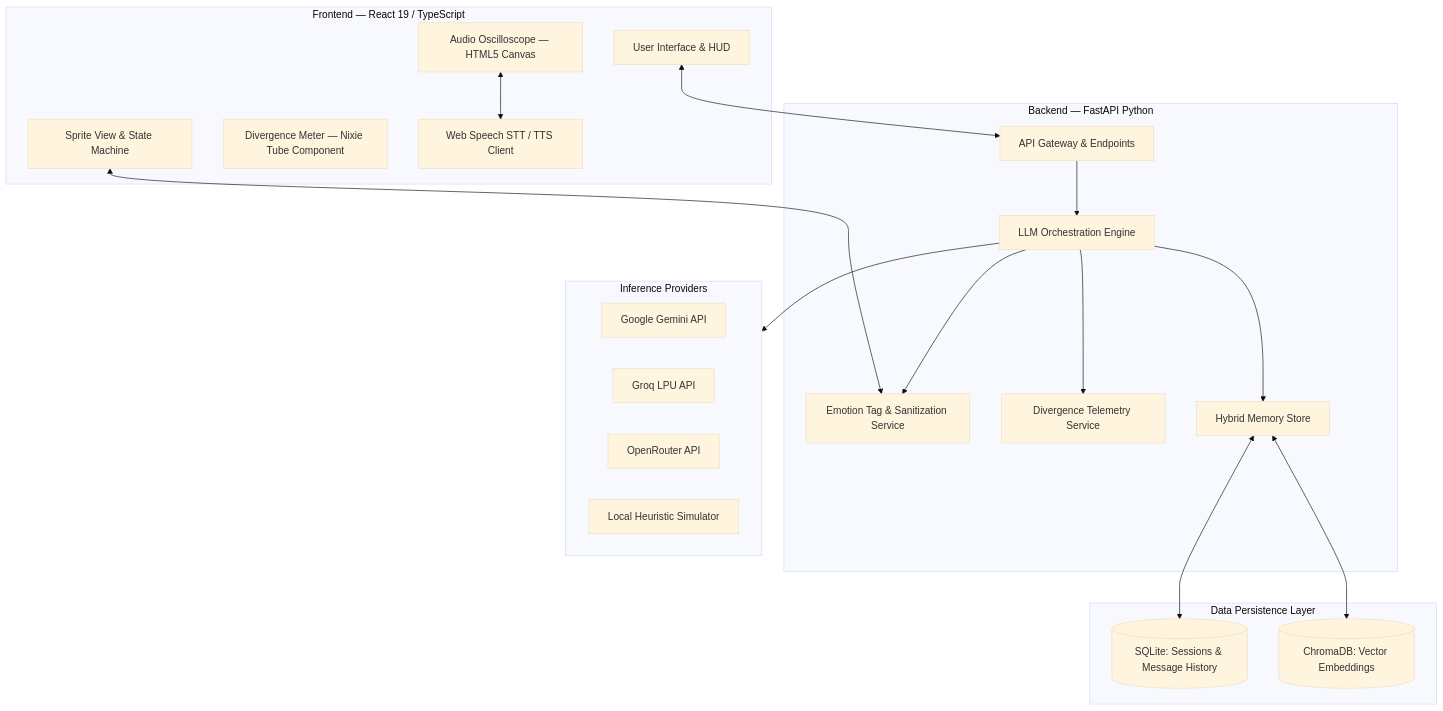
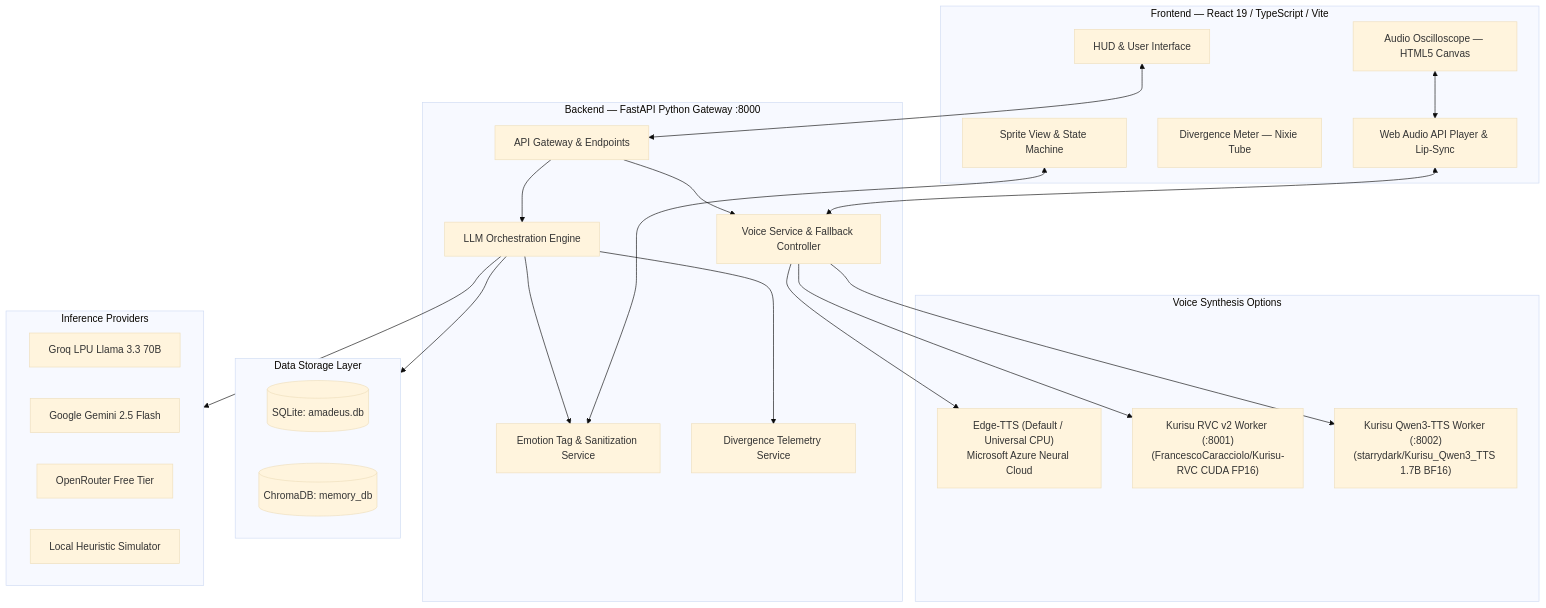
Before and after one commit to lucca3447/Kurisynth: the diagram in README.md, drawn with Mermaid (base theme). The commit also changed other lines of this file and 3 other files, not shown here.

Commit message:
docs: overhaul English documentation and improve Qwen3 worker setup

````diff
--- a/README.md
+++ b/README.md
@@ -32,41 +51,50 @@
 ```mermaid
 flowchart TD
-    subgraph Client [Frontend — React 19 / TypeScript]
-        UI[User Interface & HUD]
+    subgraph Client [Frontend — React 19 / TypeScript / Vite]
+        UI[HUD & User Interface]
         SpriteEngine[Sprite View & State Machine]
         Oscilloscope[Audio Oscilloscope — HTML5 Canvas]
-        NixieMeter[Divergence Meter — Nixie Tube Component]
-        SpeechClient[Web Speech STT / TTS Client]
+        NixieMeter[Divergence Meter — Nixie Tube]
+        SpeechClient[Web Audio API Player & Lip-Sync]
     end
 
-    subgraph Server [Backend — FastAPI Python]
+    subgraph Server [Backend — FastAPI Python Gateway :8000]
         Router[API Gateway & Endpoints]
         Orchestrator[LLM Orchestration Engine]
         EmotionParser[Emotion Tag & Sanitization Service]
         DivergenceService[Divergence Telemetry Service]
-        MemoryStore[Hybrid Memory Store]
+        VoiceManager[Voice Service & Fallback Controller]
     end
 
-    subgraph Database [Data Persistence Layer]
-        SQLite[(SQLite: Sessions & Message History)]
-        ChromaDB[(ChromaDB: Vector Embeddings)]
+    subgraph VoiceEngines [Voice Synthesis Options]
+        EdgeTTS["Edge-TTS (Default / Universal CPU)<br/>Microsoft Azure Neural Cloud"]
+        RVCWorker["Kurisu RVC v2 Worker (:8001)<br/>(FrancescoCaracciolo/Kurisu-RVC CUDA FP16)"]
+        QwenWorker["Kurisu Qwen3-TTS Worker (:8002)<br/>(starrydark/Kurisu_Qwen3_TTS 1.7B BF16)"]
+    end
+
+    subgraph Persistence [Data Storage Layer]
+        SQLite[(SQLite: amadeus.db)]
+        ChromaDB[(ChromaDB: memory_db)]
     end
 
     subgraph ExternalLLMs [Inference Providers]
-        Gemini[Google Gemini API]
-        Groq[Groq LPU API]
-        OpenRouter[OpenRouter API]
+        Groq[Groq LPU Llama 3.3 70B]
+        Gemini[Google Gemini 2.5 Flash]
+        OpenRouter[OpenRouter Free Tier]
         OfflineSim[Local Heuristic Simulator]
     end
 
     UI <--> Router
     Router --> Orchestrator
-    Orchestrator --> MemoryStore
+    Router --> VoiceManager
+    Orchestrator --> Persistence
     Orchestrator --> EmotionParser
     Orchestrator --> DivergenceService
     Orchestrator --> ExternalLLMs
-    MemoryStore <--> SQLite
-    MemoryStore <--> ChromaDB
+    VoiceManager --> EdgeTTS
+    VoiceManager --> RVCWorker
+    VoiceManager --> QwenWorker
+    SpeechClient <--> VoiceManager
     SpriteEngine <--> EmotionParser
     Oscilloscope <--> SpeechClient
 ```
````
